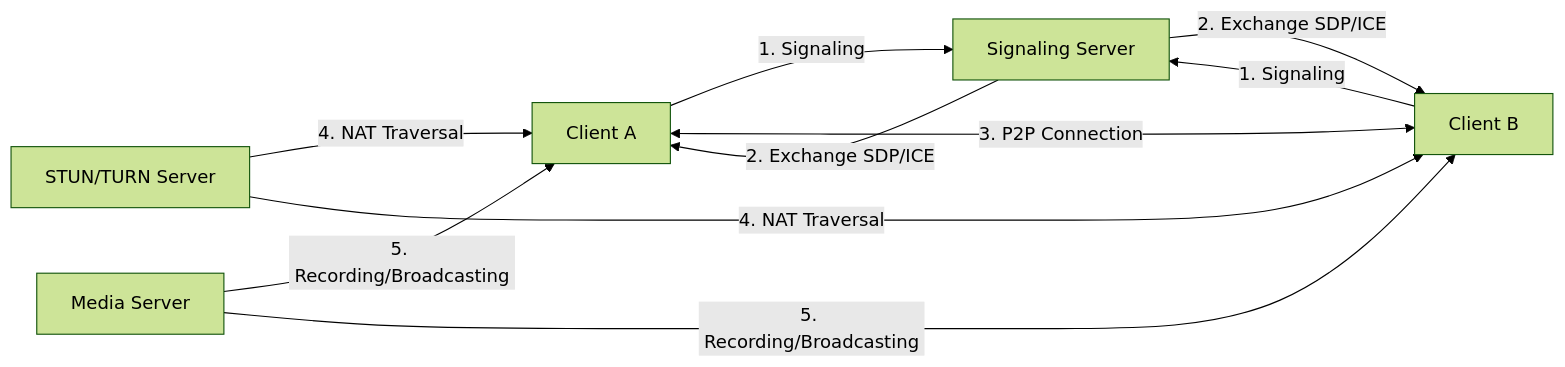
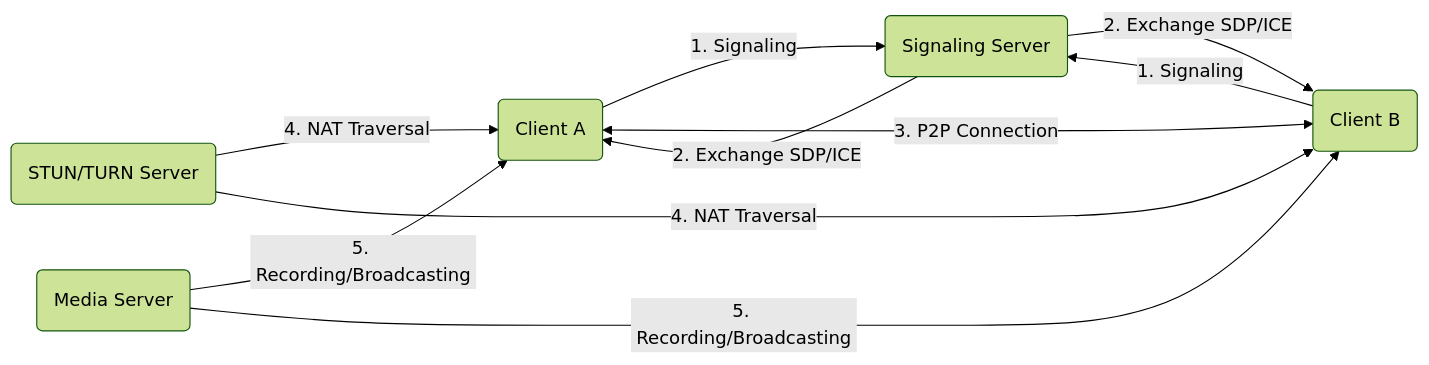
The first of 3 diagrams in README.md (Harry100KR/WebRTC), drawn with Mermaid (forest theme) before and after one commit.

Commit message:
fix: update Mermaid diagram syntax for better GitHub compatibility

````diff
--- a/README.md
+++ b/README.md
@@ -19,12 +19,12 @@
 ```mermaid
-graph LR
-    A[Client A] -->|1. Signaling| B[Signaling Server]
-    C[Client B] -->|1. Signaling| B
+flowchart LR
+    A(Client A) -->|1. Signaling| B(Signaling Server)
+    C(Client B) -->|1. Signaling| B
     B -->|2. Exchange SDP/ICE| A
     B -->|2. Exchange SDP/ICE| C
     A <-->|3. P2P Connection| C
-    D[STUN/TURN Server] -->|4. NAT Traversal| A
+    D(STUN/TURN Server) -->|4. NAT Traversal| A
     D -->|4. NAT Traversal| C
-    E[Media Server] -->|5. Recording/Broadcasting| A
+    E(Media Server) -->|5. Recording/Broadcasting| A
     E -->|5. Recording/Broadcasting| C
 ```
````
